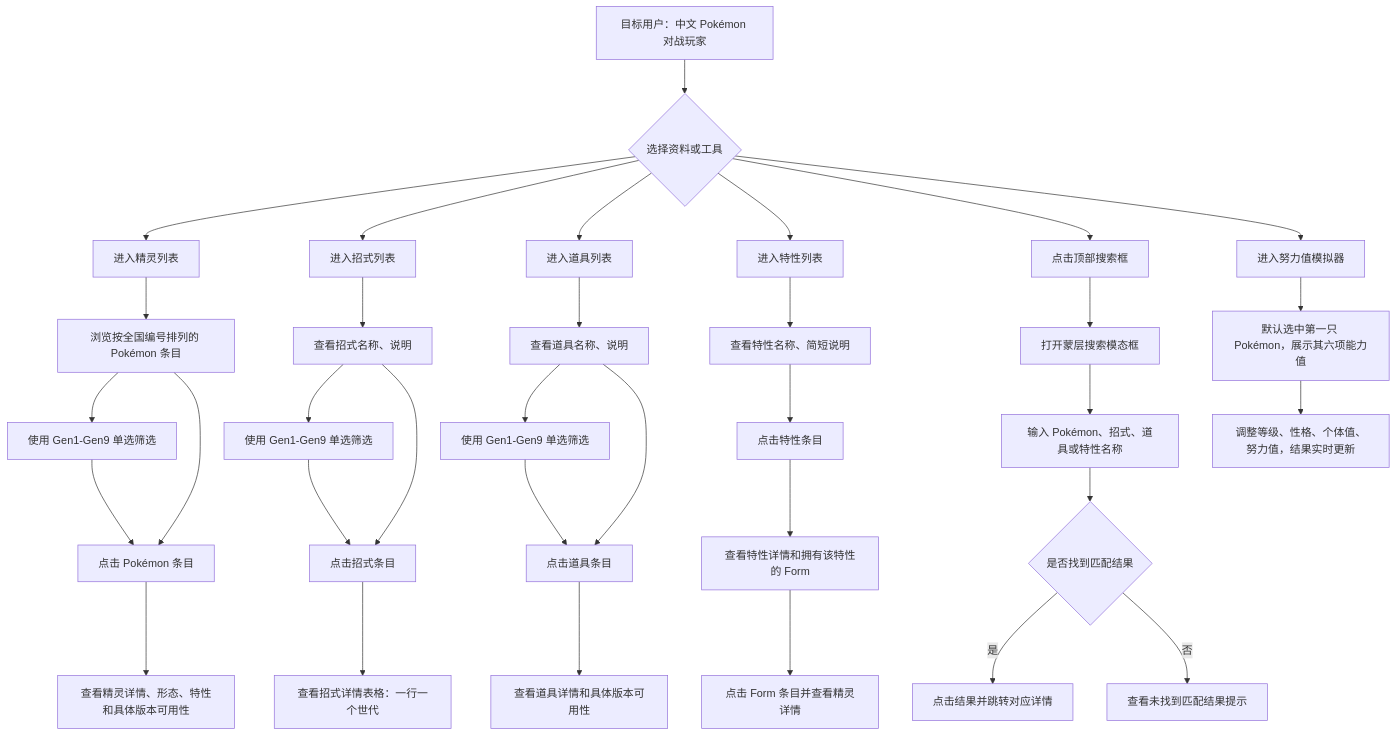
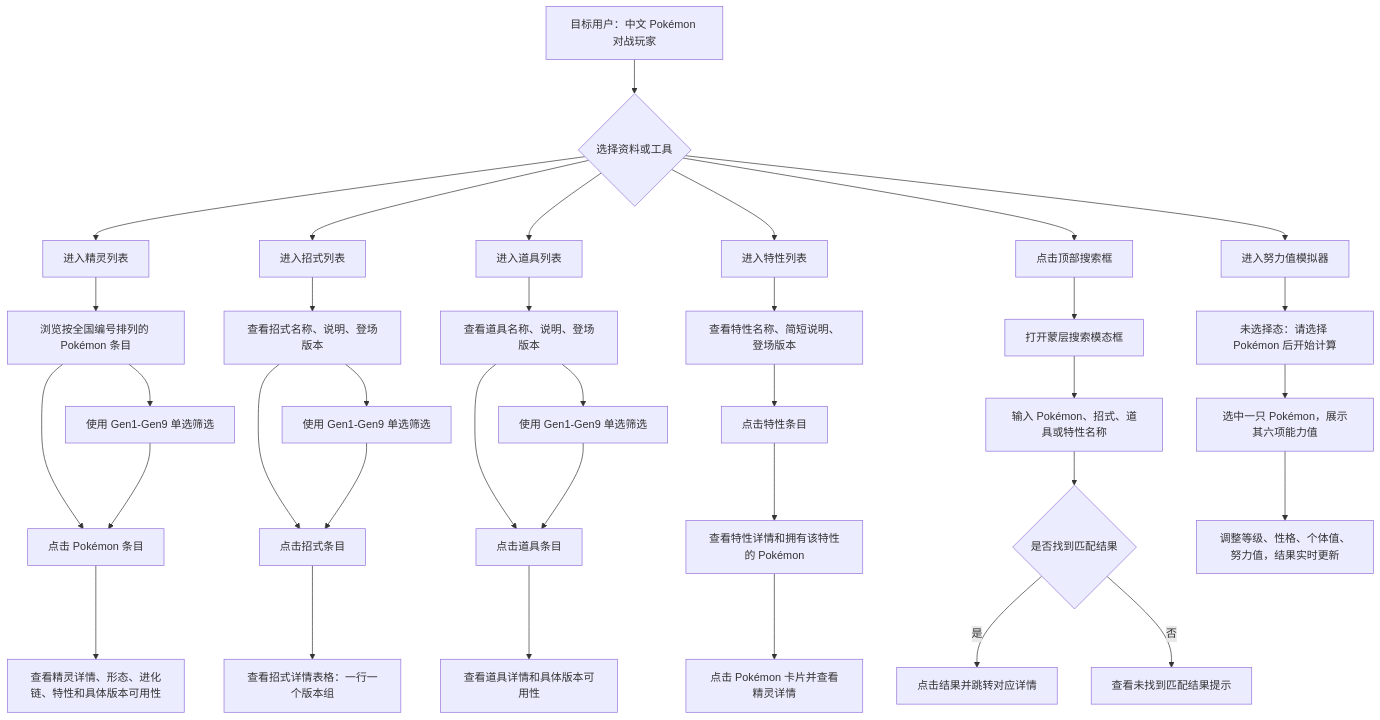
Before and after one commit to garnetliu/chipsmewtwo: the diagram in docs/PRD.md, drawn with Mermaid. The commit also changed other lines of this file and 2 other files, not shown here.

````diff
--- a/docs/PRD.md
+++ b/docs/PRD.md
@@ -165,42 +187,43 @@
 ```mermaid
 flowchart TD
   A["目标用户：中文 Pokémon 对战玩家"] --> B{"选择资料或工具"}
 
   B --> C["进入精灵列表"]
   C --> D["浏览按全国编号排列的 Pokémon 条目"]
   D --> E["使用 Gen1-Gen9 单选筛选"]
   D --> F["点击 Pokémon 条目"]
   E --> F
-  F --> G["查看精灵详情、形态、特性和具体版本可用性"]
+  F --> G["查看精灵详情、形态、进化链、特性和具体版本可用性"]
 
   B --> H["进入招式列表"]
-  H --> I["查看招式名称、说明"]
+  H --> I["查看招式名称、说明、登场版本"]
   I --> J["使用 Gen1-Gen9 单选筛选"]
   I --> K["点击招式条目"]
   J --> K
-  K --> L["查看招式详情表格：一行一个世代"]
+  K --> L["查看招式详情表格：一行一个版本组"]
 
   B --> M["进入道具列表"]
-  M --> N["查看道具名称、说明"]
+  M --> N["查看道具名称、说明、登场版本"]
   N --> O["使用 Gen1-Gen9 单选筛选"]
   N --> P["点击道具条目"]
   O --> P
   P --> Q["查看道具详情和具体版本可用性"]
 
   B --> R["进入特性列表"]
-  R --> S["查看特性名称、简短说明"]
+  R --> S["查看特性名称、简短说明、登场版本"]
   S --> T["点击特性条目"]
-  T --> U["查看特性详情和拥有该特性的 Form"]
-  U --> V["点击 Form 条目并查看精灵详情"]
+  T --> U["查看特性详情和拥有该特性的 Pokémon"]
+  U --> V["点击 Pokémon 卡片并查看精灵详情"]
 
   B --> W["点击顶部搜索框"]
   W --> X["打开蒙层搜索模态框"]
   X --> Y["输入 Pokémon、招式、道具或特性名称"]
   Y --> Z{"是否找到匹配结果"}
   Z -->|是| AA["点击结果并跳转对应详情"]
   Z -->|否| AB["查看未找到匹配结果提示"]
 
   B --> AC["进入努力值模拟器"]
-  AC --> AD["默认选中第一只 Pokémon，展示其六项能力值"]
-  AD --> AF["调整等级、性格、个体值、努力值，结果实时更新"]
+  AC --> AD["未选择态：请选择 Pokémon 后开始计算"]
+  AD --> AE["选中一只 Pokémon，展示其六项能力值"]
+  AE --> AF["调整等级、性格、个体值、努力值，结果实时更新"]
 ```
````
